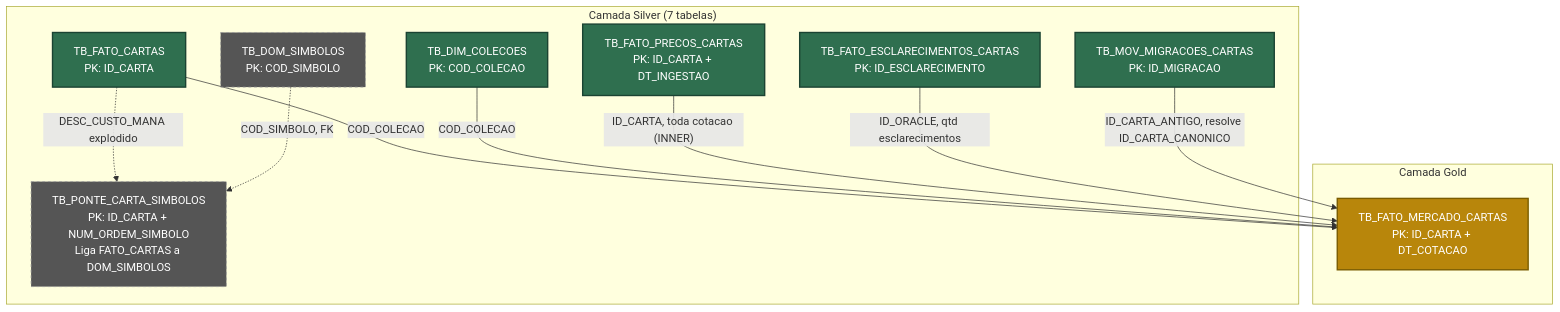
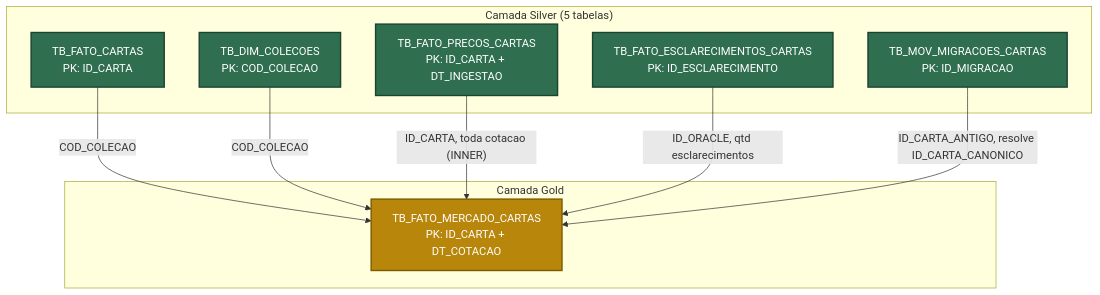
The diagram in src/04 - Gold/Readme.md (scudellerlemos/pipeline-databricks-mtg-dev), drawn with Mermaid before and after one commit. The commit also changed other lines of this file and 24 other files, not shown here.

First line of the commit message:
Remove simbolos de mana do pipeline

````diff
--- a/src/04 - Gold/Readme.md
+++ b/src/04 - Gold/Readme.md
@@ -14,33 +14,26 @@
 ```mermaid
 graph TD
-    subgraph SILVER["Camada Silver (7 tabelas)"]
+    subgraph SILVER["Camada Silver (5 tabelas)"]
         FATO_CARTAS["TB_FATO_CARTAS<br/>PK: ID_CARTA"]
         DIM_COLECOES["TB_DIM_COLECOES<br/>PK: COD_COLECAO"]
         FATO_PRECOS["TB_FATO_PRECOS_CARTAS<br/>PK: ID_CARTA + DT_INGESTAO"]
         FATO_ESCLARECIMENTOS["TB_FATO_ESCLARECIMENTOS_CARTAS<br/>PK: ID_ESCLARECIMENTO"]
         MOV_MIGRACOES["TB_MOV_MIGRACOES_CARTAS<br/>PK: ID_MIGRACAO"]
-        DOM_SIMBOLOS["TB_DOM_SIMBOLOS<br/>PK: COD_SIMBOLO"]
-        PONTE_SIMBOLOS["TB_PONTE_CARTA_SIMBOLOS<br/>PK: ID_CARTA + NUM_ORDEM_SIMBOLO<br/>Liga FATO_CARTAS a DOM_SIMBOLOS"]
     end
 
     subgraph GOLD["Camada Gold"]
         GOLD_MERCADO["TB_FATO_MERCADO_CARTAS<br/>PK: ID_CARTA + DT_COTACAO"]
     end
 
     FATO_CARTAS -->|"COD_COLECAO"| GOLD_MERCADO
     DIM_COLECOES -->|"COD_COLECAO"| GOLD_MERCADO
     FATO_PRECOS -->|"ID_CARTA, toda cotacao (INNER)"| GOLD_MERCADO
     FATO_ESCLARECIMENTOS -->|"ID_ORACLE, qtd esclarecimentos"| GOLD_MERCADO
     MOV_MIGRACOES -->|"ID_CARTA_ANTIGO, resolve ID_CARTA_CANONICO"| GOLD_MERCADO
 
-    FATO_CARTAS -.->|"DESC_CUSTO_MANA explodido"| PONTE_SIMBOLOS
-    DOM_SIMBOLOS -.->|"COD_SIMBOLO, FK"| PONTE_SIMBOLOS
-
     classDef used fill:#2f6f4f,stroke:#1b4332,color:#ffffff,stroke-width:2px;
     classDef gold fill:#b8860b,stroke:#7a5c00,color:#ffffff,stroke-width:2px;
-    classDef unused fill:#555555,stroke:#999999,color:#ffffff,stroke-dasharray:4 4;
 
     class FATO_CARTAS,DIM_COLECOES,FATO_PRECOS,FATO_ESCLARECIMENTOS,MOV_MIGRACOES used;
     class GOLD_MERCADO gold;
-    class DOM_SIMBOLOS,PONTE_SIMBOLOS unused;
 ```
````
